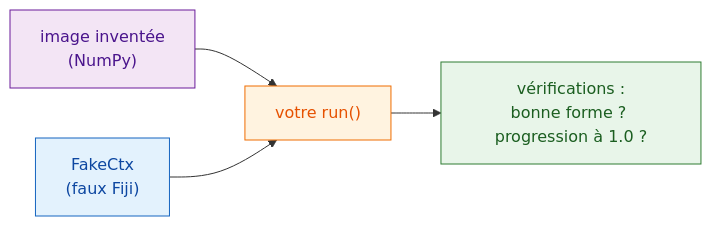
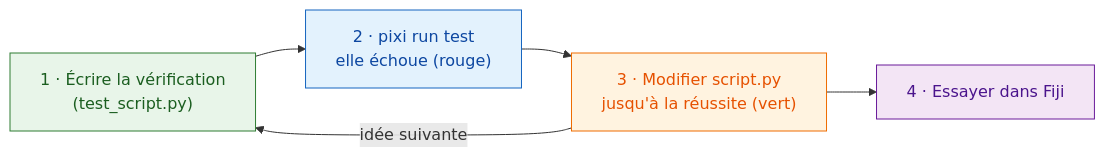
One commit to Oxford-Zeiss-Centre-of-Excellence/Wavu changed the diagram in guide/write/test-without-fiji.fr.md. Above: the diagram before and after it, drawn with Mermaid. The commit also changed other lines of this file and 28 other files, not shown here.

````diff
--- a/guide/write/test-without-fiji.fr.md
+++ b/guide/write/test-without-fiji.fr.md
@@ -16,15 +21,14 @@
 ```mermaid
 flowchart LR
-    I["image inventée<br/>(NumPy)"]:::env
-    F["FakeCtx<br/>(faux Fiji)"]:::fiji
-    S["votre run()"]:::script
-    C["vérifications :<br/>bonne forme ? progression à 1.0 ?"]:::worker
-    I --> S
-    F --> S
-    S --> C
+    T["1 · Écrire la vérification<br/>(test_script.py)"]:::worker
+    R["2 · pixi run test<br/>elle échoue (rouge)"]:::fiji
+    S["3 · Modifier script.py<br/>jusqu'à la réussite (vert)"]:::script
+    F["4 · Essayer dans Fiji"]:::env
+    T --> R --> S --> F
+    S -- "idée suivante" --> T
 
     classDef fiji   fill:#e3f2fd,stroke:#1565c0,color:#0d47a1
     classDef worker fill:#e8f5e9,stroke:#2e7d32,color:#1b5e20
     classDef script fill:#fff3e0,stroke:#ef6c00,color:#e65100
     classDef env    fill:#f3e5f5,stroke:#6a1b9a,color:#4a148c
 ```
````
